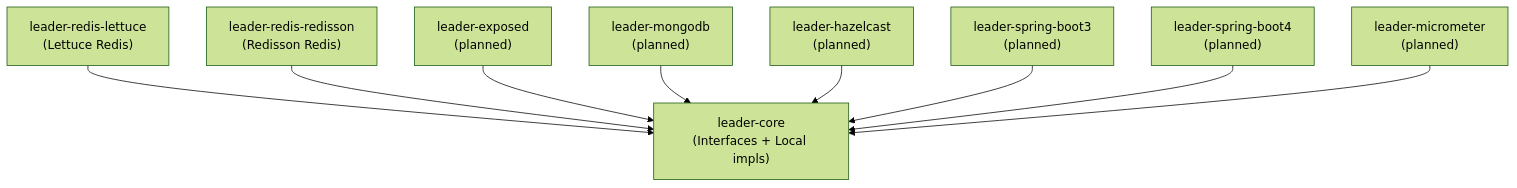
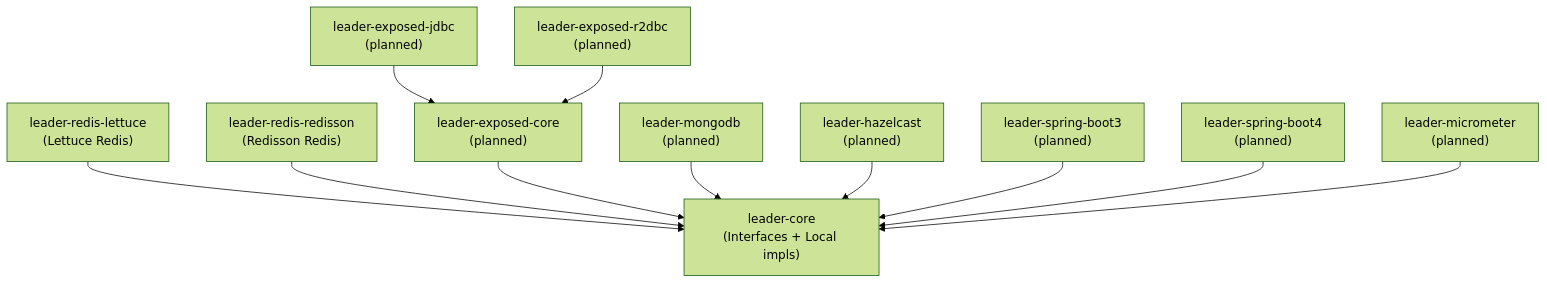
Before and after one commit to bluetape4k/bluetape4k-leader: the diagram in README.md, drawn with Mermaid (forest theme). The commit also changed other lines of this file and 28 other files, not shown here.

````diff
--- a/README.md
+++ b/README.md
@@ -24,21 +24,25 @@
 ```mermaid
 graph TD
     Core["leader-core\n(Interfaces + Local impls)"]
     Lettuce["leader-redis-lettuce\n(Lettuce Redis)"]
     Redisson["leader-redis-redisson\n(Redisson Redis)"]
-    Exposed["leader-exposed\n(planned)"]
+    ExposedCore["leader-exposed-core\n(planned)"]
+    ExposedJdbc["leader-exposed-jdbc\n(planned)"]
+    ExposedR2dbc["leader-exposed-r2dbc\n(planned)"]
     Mongo["leader-mongodb\n(planned)"]
     Hazelcast["leader-hazelcast\n(planned)"]
     SB3["leader-spring-boot3\n(planned)"]
     SB4["leader-spring-boot4\n(planned)"]
     Metrics["leader-micrometer\n(planned)"]
 
     Lettuce --> Core
     Redisson --> Core
-    Exposed --> Core
+    ExposedCore --> Core
+    ExposedJdbc --> ExposedCore
+    ExposedR2dbc --> ExposedCore
     Mongo --> Core
     Hazelcast --> Core
     SB3 --> Core
     SB4 --> Core
     Metrics --> Core
 ```
````
